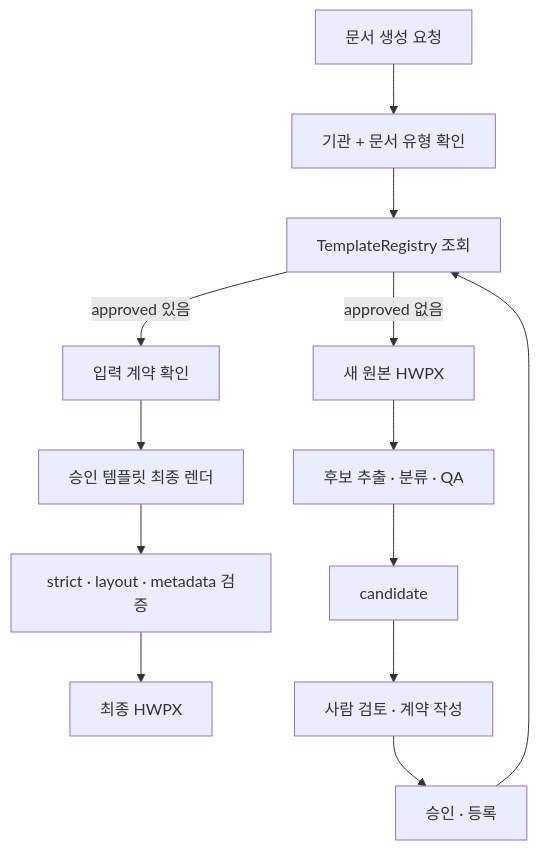
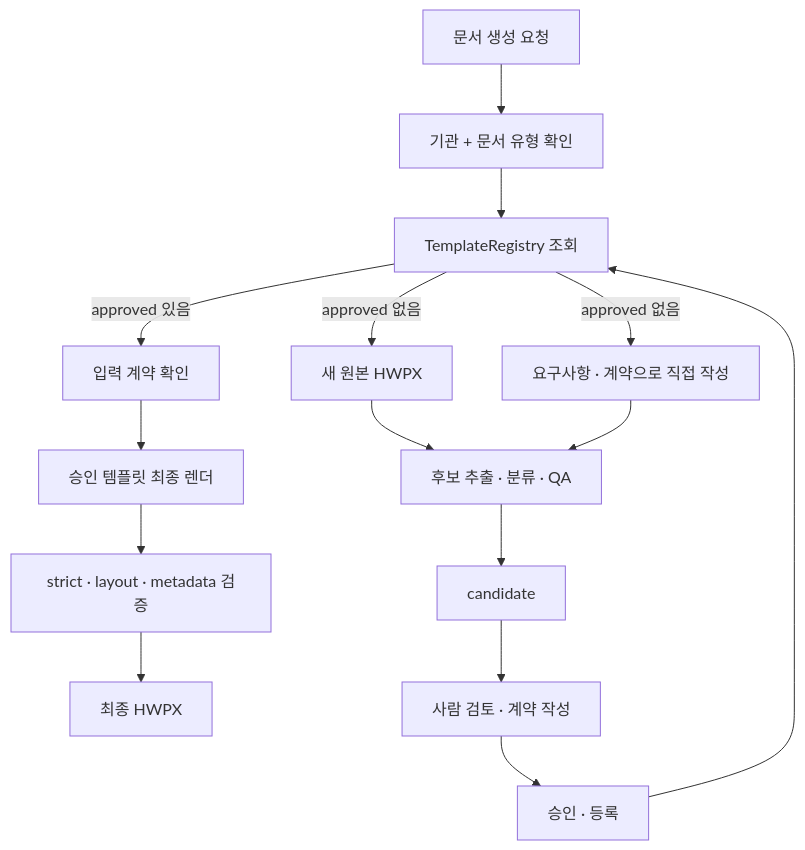
The diagram in README.md (YoungSeo5/edudoc-hwpx-template-engine), drawn with Mermaid before and after one commit. The commit also changed other lines of this file and 7 other files, not shown here.

````diff
--- a/README.md
+++ b/README.md
@@ -25,17 +25,19 @@
 ```mermaid
 flowchart TD
     REQUEST["문서 생성 요청"] --> IDENTITY["기관 + 문서 유형 확인"]
     IDENTITY --> REGISTRY["TemplateRegistry 조회"]
 
     REGISTRY -->|approved 있음| CONTRACT["입력 계약 확인"]
     CONTRACT --> RENDER["승인 템플릿 최종 렌더"]
     RENDER --> VALIDATE["strict · layout · metadata 검증"]
     VALIDATE --> OUTPUT["최종 HWPX"]
 
     REGISTRY -->|approved 없음| SOURCE["새 원본 HWPX"]
+    REGISTRY -->|approved 없음| AUTHOR["요구사항 · 계약으로 직접 작성"]
     SOURCE --> QA["후보 추출 · 분류 · QA"]
+    AUTHOR --> QA
     QA --> CANDIDATE["candidate"]
     CANDIDATE --> REVIEW["사람 검토 · 계약 작성"]
     REVIEW --> REGISTER["승인 · 등록"]
     REGISTER --> REGISTRY
 ```
````
